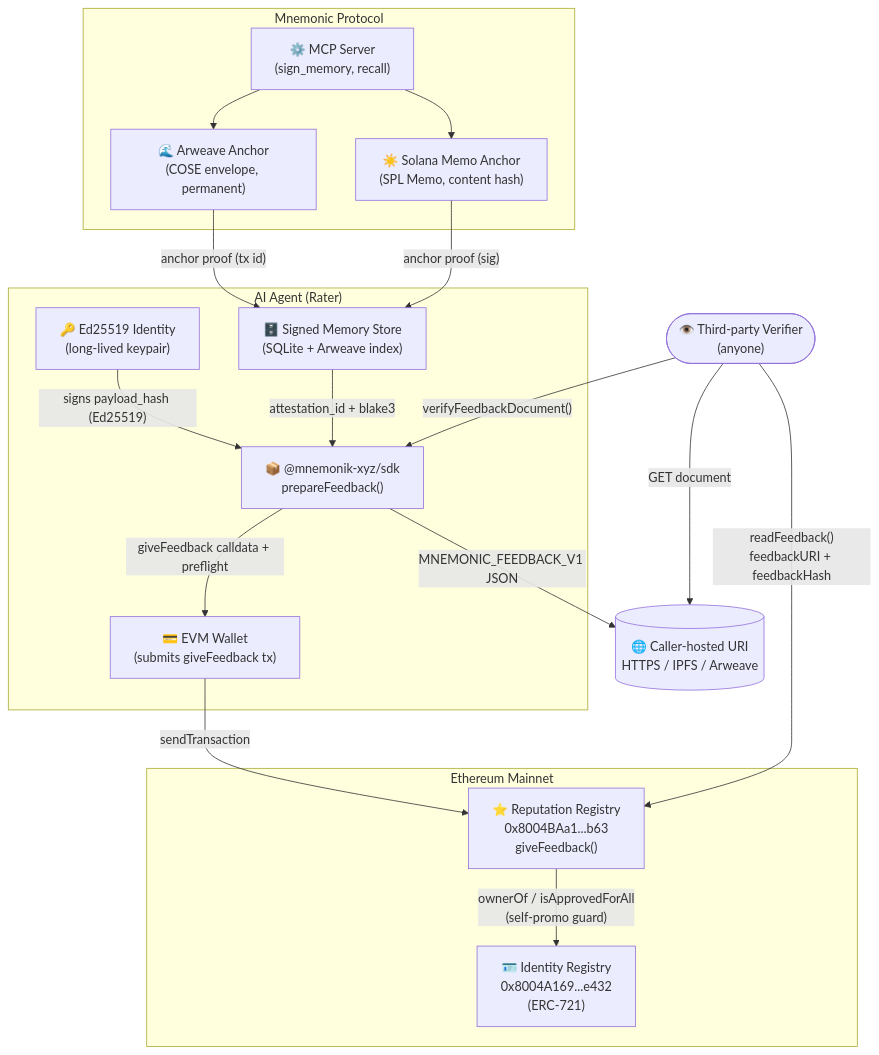
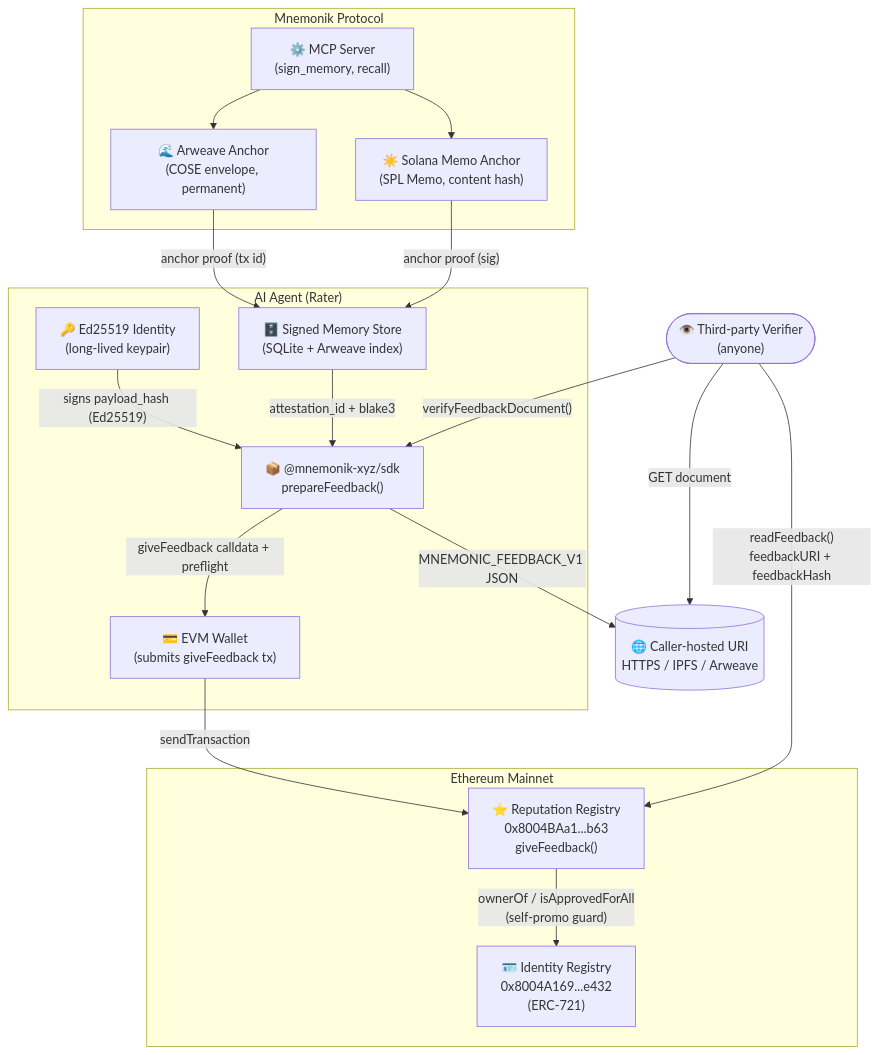
Before and after one commit to mnemonik-xyz/monorepo: the first of 5 diagrams in docs/spec/erc8004-feedback-v1.md, drawn with Mermaid. The commit also changed other lines of this file and 317 other files, not shown here.

First line of the commit message:
docs: rename Mnemonic to Mnemonik in prose, UI strings and type names

````diff
--- a/docs/spec/erc8004-feedback-v1.md
+++ b/docs/spec/erc8004-feedback-v1.md
@@ -19,39 +19,39 @@
 ```mermaid
 flowchart TD
     subgraph AgentBox["AI Agent (Rater)"]
         identity["🔑 Ed25519 Identity\n(long-lived keypair)"]
         store["🗄️ Signed Memory Store\n(SQLite + Arweave index)"]
         wallet["💳 EVM Wallet\n(submits giveFeedback tx)"]
         sdk["📦 @mnemonik-xyz/sdk\nprepareFeedback()"]
     end
 
-    subgraph MnemonicBox["Mnemonic Protocol"]
+    subgraph MnemonikBox["Mnemonik Protocol"]
         mcp["⚙️ MCP Server\n(sign_memory, recall)"]
         arweave["🌊 Arweave Anchor\n(COSE envelope, permanent)"]
         solana["☀️ Solana Memo Anchor\n(SPL Memo, content hash)"]
     end
 
     subgraph EthBox["Ethereum Mainnet"]
         idReg["🪪 Identity Registry\n0x8004A169...e432\n(ERC-721)"]
         repReg["⭐ Reputation Registry\n0x8004BAa1...b63\ngiveFeedback()"]
     end
 
     hosting[("🌐 Caller-hosted URI\nHTTPS / IPFS / Arweave")]
     verifier(["👁️ Third-party Verifier\n(anyone)"])
 
     identity -->|"signs payload_hash (Ed25519)"| sdk
     store -->|"attestation_id + blake3"| sdk
     sdk -->|"MNEMONIC_FEEDBACK_V1 JSON"| hosting
     sdk -->|"giveFeedback calldata + preflight"| wallet
     wallet -->|"sendTransaction"| repReg
     repReg -->|"ownerOf / isApprovedForAll\n(self-promo guard)"| idReg
 
     mcp --> arweave
     mcp --> solana
     arweave -->|"anchor proof (tx id)"| store
     solana -->|"anchor proof (sig)"| store
 
     verifier -->|"readFeedback()\nfeedbackURI + feedbackHash"| repReg
     verifier -->|"GET document"| hosting
     verifier -->|"verifyFeedbackDocument()"| sdk
 ```
````
